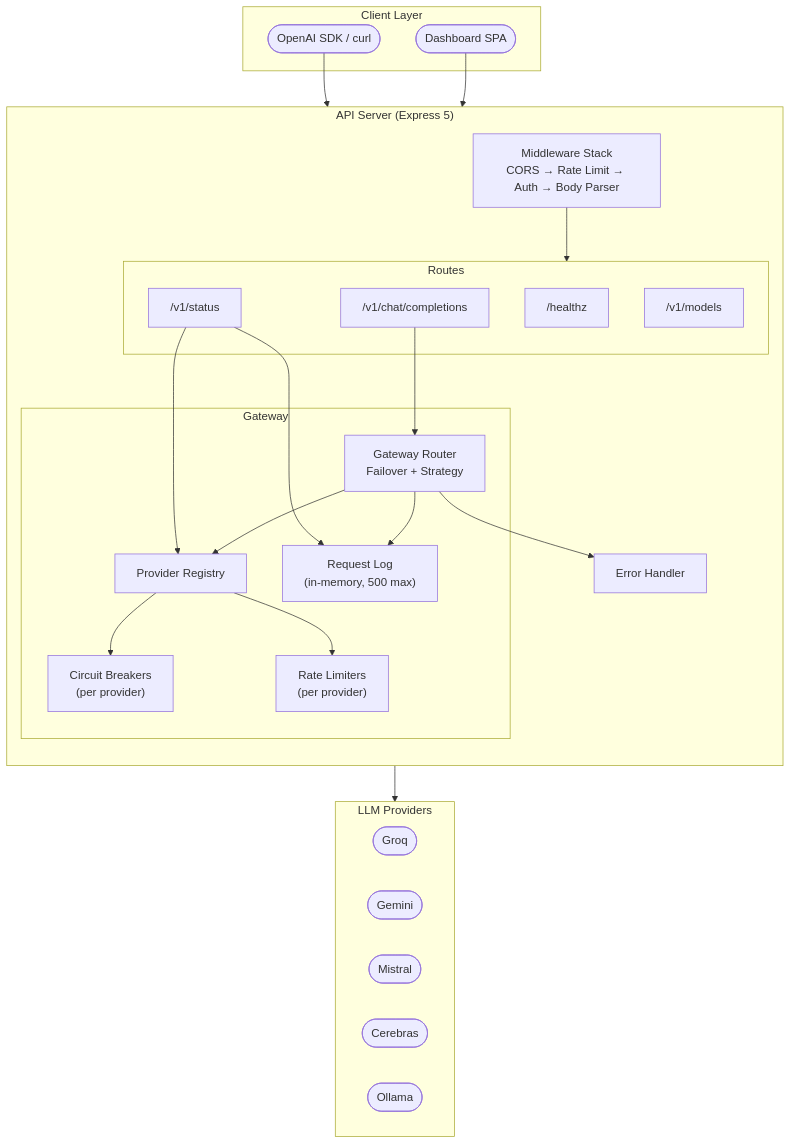
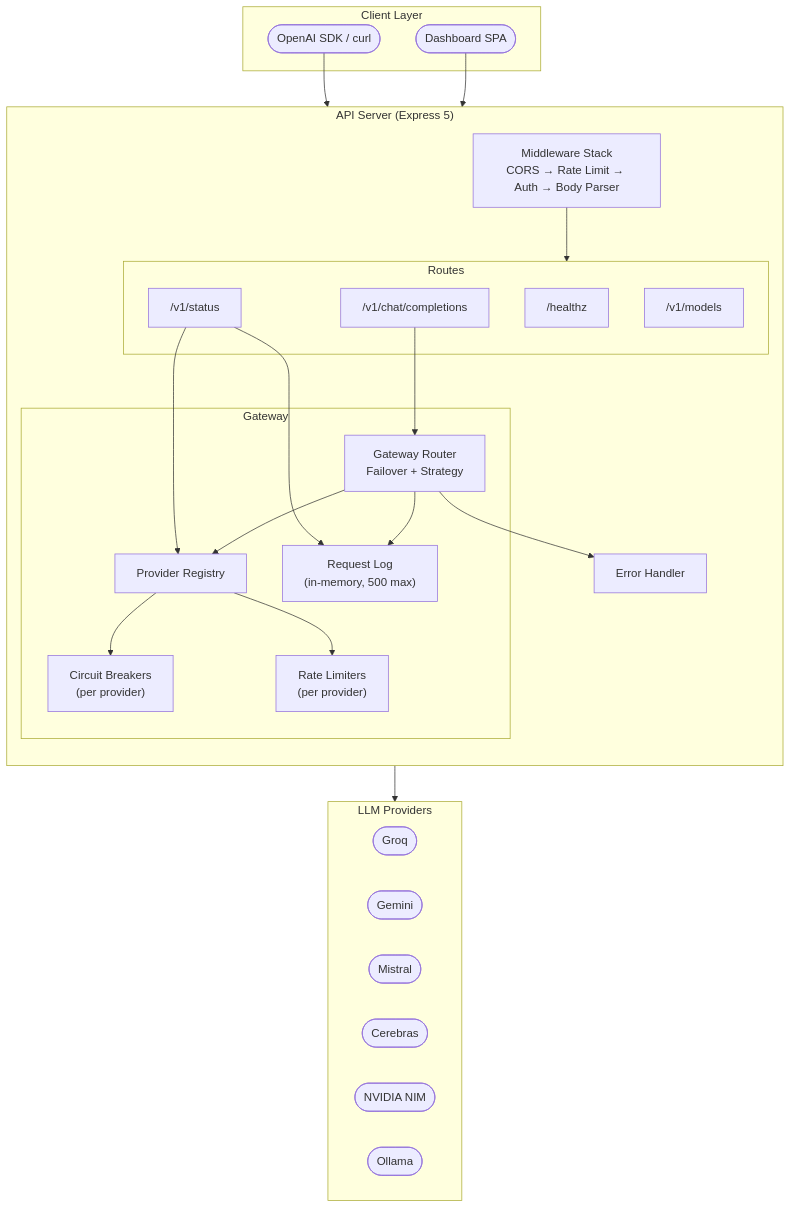
The fourth of 4 diagrams in README.md (marcosremar/freellm), drawn with Mermaid before and after one commit. The commit also changed other lines of this file and 6 other files, not shown here.

Commit message:
feat: add NVIDIA NIM provider with 7 models including Llama 3.3 70B, Nemotron 70B, DeepSeek R1

````diff
--- a/README.md
+++ b/README.md
@@ -315,50 +323,51 @@
 ```mermaid
 graph TB
     subgraph Client Layer
         SDK([OpenAI SDK / curl])
         Dashboard([Dashboard SPA])
     end
 
     subgraph API Server ["API Server (Express 5)"]
         direction TB
         MW["Middleware Stack<br/>CORS → Rate Limit → Auth → Body Parser"]
         
         subgraph Routes
             Health["/healthz"]
             Chat["/v1/chat/completions"]
             ModelsRoute["/v1/models"]
             StatusRoute["/v1/status"]
         end
         
         subgraph Gateway
             GWRouter["Gateway Router<br/>Failover + Strategy"]
             Registry["Provider Registry"]
             CB["Circuit Breakers<br/>(per provider)"]
             RateLim["Rate Limiters<br/>(per provider)"]
             ReqLog["Request Log<br/>(in-memory, 500 max)"]
         end
         
         ErrHandler["Error Handler"]
     end
 
     subgraph Providers ["LLM Providers"]
         Groq([Groq])
         Gemini([Gemini])
         Mistral([Mistral])
         Cerebras([Cerebras])
+        NIM([NVIDIA NIM])
         Ollama([Ollama])
     end
 
     SDK --> MW
     Dashboard --> MW
     MW --> Routes
     Chat --> GWRouter
     GWRouter --> Registry
     Registry --> CB
     Registry --> RateLim
     GWRouter --> Providers
     GWRouter --> ReqLog
     GWRouter --> ErrHandler
     StatusRoute --> ReqLog
     StatusRoute --> Registry
 ```
````
